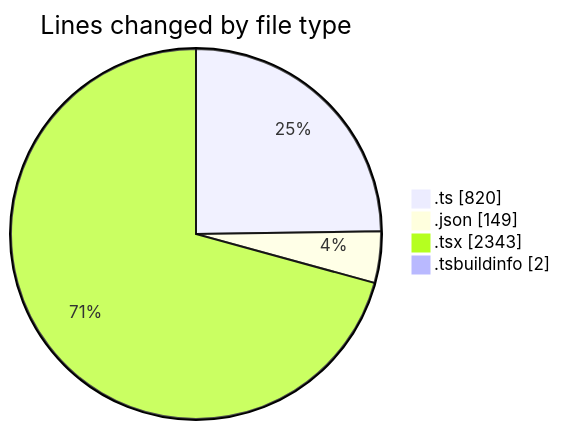
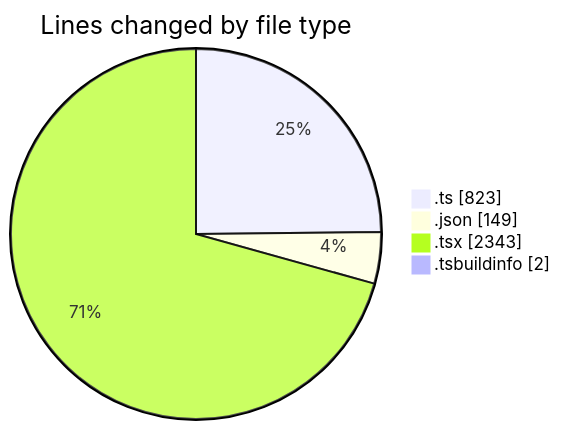
The first of 2 diagrams in 2025-02-20/mbc-web/README.md (robertbonfada/code-tracking), drawn with Mermaid before and after one commit. The commit also changed other lines of this file and 1 other file, not shown here.

````diff
--- a/2025-02-20/mbc-web/README.md
+++ b/2025-02-20/mbc-web/README.md
@@ -41,8 +41,8 @@
 ```mermaid
 pie showData
 title Lines changed by file type
-".ts" : 820
+".ts" : 823
 ".json" : 149
 ".tsx" : 2343
 ".tsbuildinfo" : 2
 ```
````
